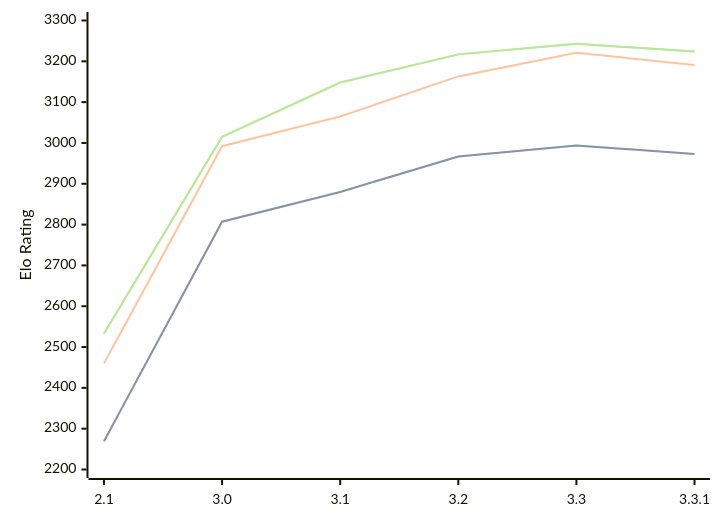
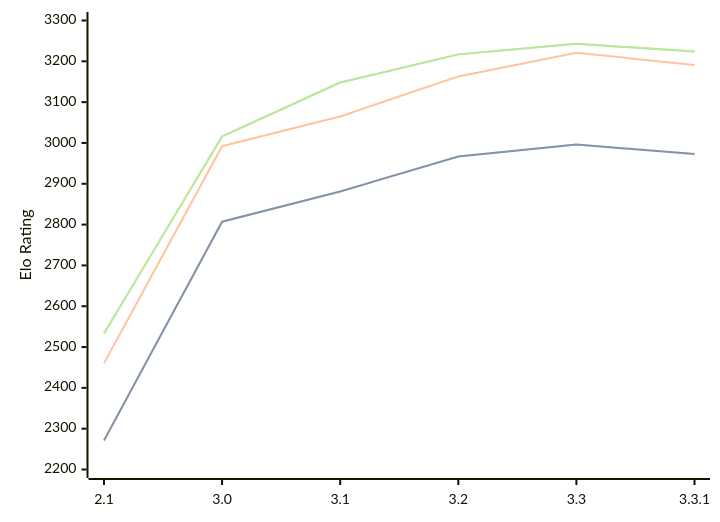
One commit to computer-chess-index/cci changed the diagram in engines/Petrel.md. Above: the diagram before and after it, drawn with Mermaid. The commit also changed other lines of this file, not shown here.

Commit message:
Update CCI Ratings (ELO VLTC) - 2026-05-15

````diff
--- a/engines/Petrel.md
+++ b/engines/Petrel.md
@@ -45,11 +45,11 @@
 ```mermaid
 %%{init: {"theme":"base","themeVariables":{"seriesColors:['#a3a3a3','#222221','#faa371']}}}%%
 xychart-beta
   x-axis ["2.1", "3.0", "3.1", "3.2", "3.3", "3.3.1"]
   y-axis "Elo Rating" 2200 --> 3300
-  line "STC (8.0+0.08s)" [2269, 2807, 2880, 2967, 2994, 2973]
-  line "STC (8.0+0.08s)" [2269, 2807, 2880, 2967, 2994, 2973]
+  line "STC (8.0+0.08s)" [2271, 2807, 2881, 2967, 2996, 2973]
+  line "STC (8.0+0.08s)" [2271, 2807, 2881, 2967, 2996, 2973]
   line "LTC (60.0+0.60s)" [2460, 2992, 3065, 3163, 3221, 3191]
-  line "VLTC (2m24s+1.12s)" [2533, 3015, 3148, 3217, 3243, 3224]
-  line "VLTC (2m24s+1.12s)" [2533, 3015, 3148, 3217, 3243, 3224]
+  line "VLTC (2m24s+1.12s)" [2533, 3016, 3148, 3217, 3243, 3224]
+  line "VLTC (2m24s+1.12s)" [2533, 3016, 3148, 3217, 3243, 3224]
 ```
````
